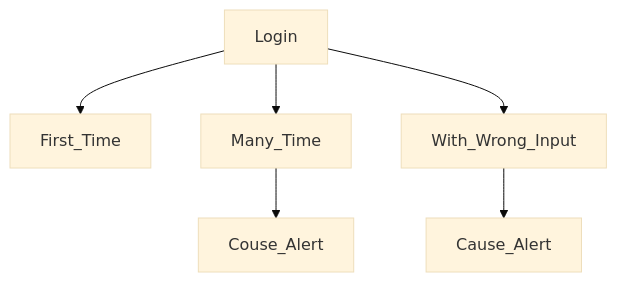
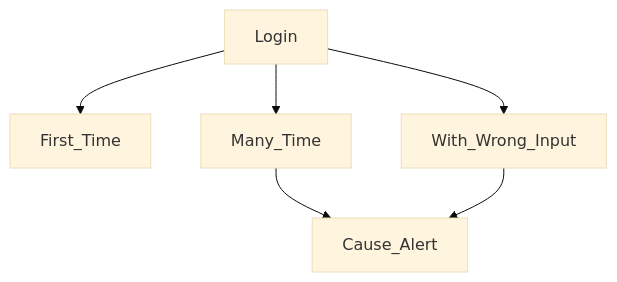
Before and after one commit to RouthKiranBabu/CWP_B39: the second of 2 diagrams in README.md, drawn with Mermaid (base theme).

````diff
--- a/README.md
+++ b/README.md
@@ -32,8 +32,8 @@
 ```mermaid
 graph TD;
     Login-->First_Time;
     Login-->Many_Time;
     Login-->With_Wrong_Input;
-    Many_Time-->Couse_Alert;
+    Many_Time-->Cause_Alert;
     With_Wrong_Input-->Cause_Alert;
 ```
````
